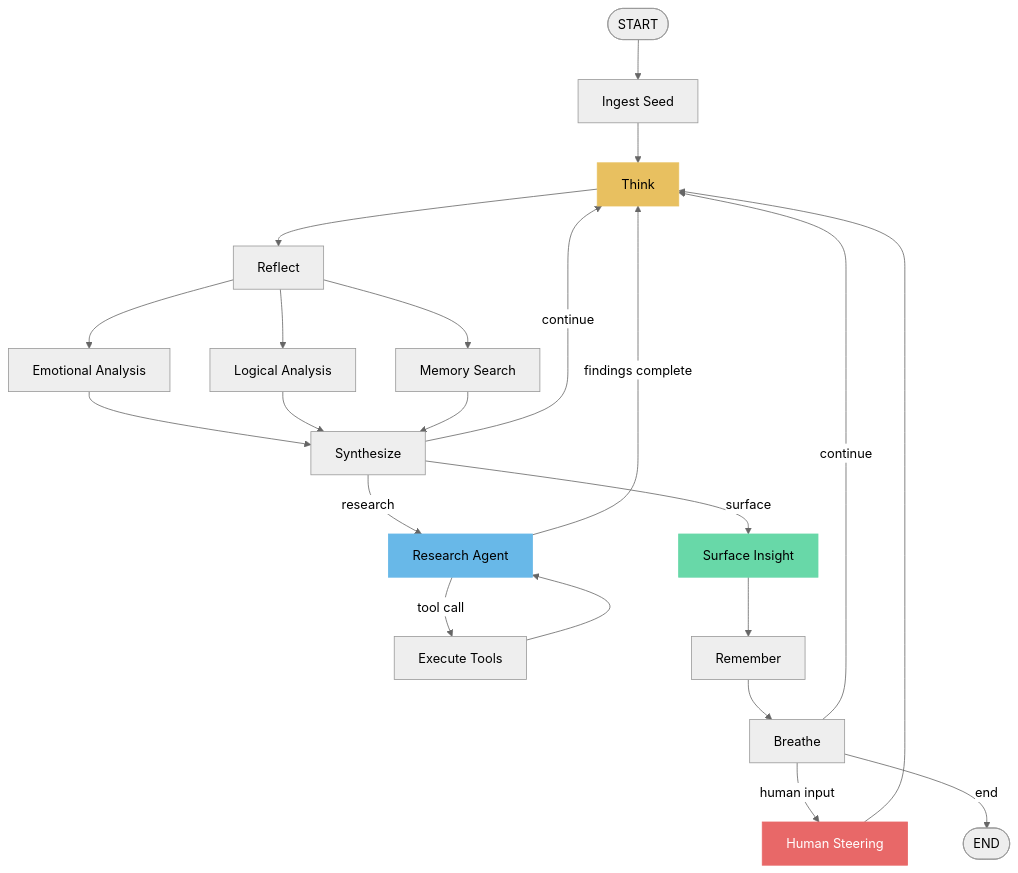
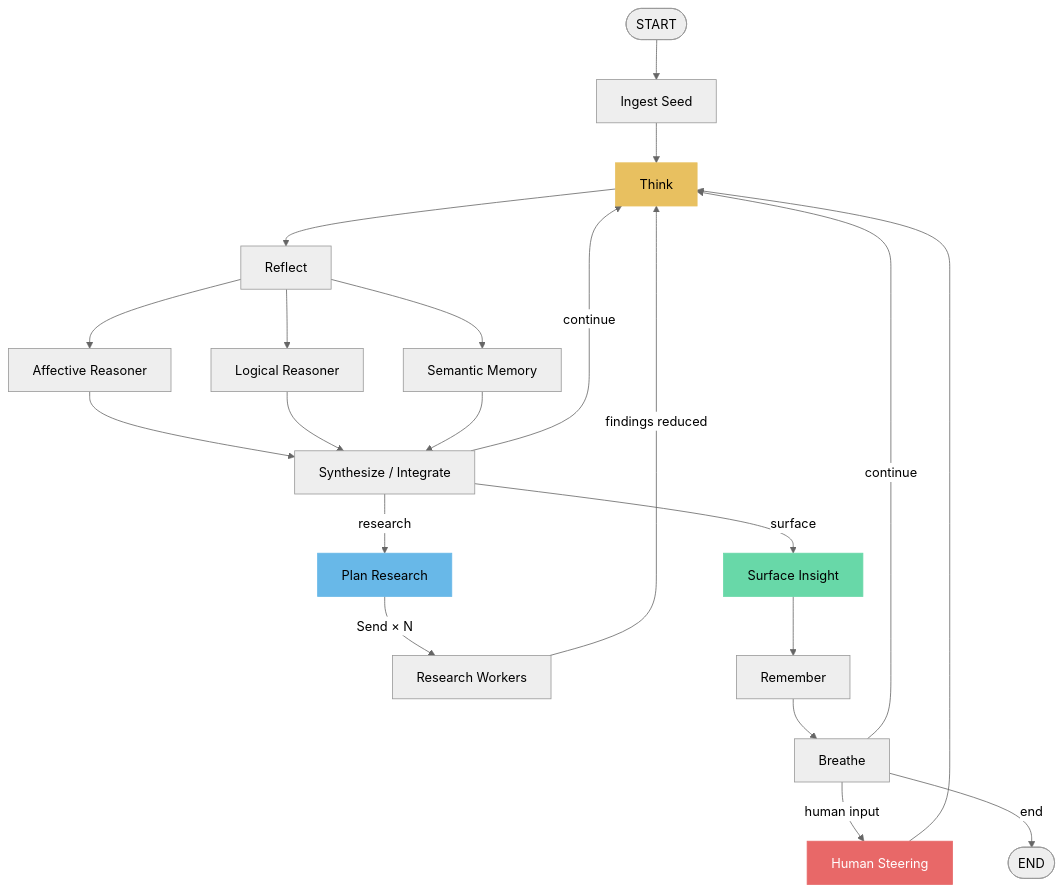
The diagram in README.md (Achindra2003/Ouroboros), drawn with Mermaid (neutral theme) before and after one commit. The commit also changed other lines of this file and 44 other files, not shown here.

````diff
--- a/README.md
+++ b/README.md
@@ -18,36 +68,35 @@
 ```mermaid
 graph TD
     START([START]) --> ingest[Ingest Seed]
     ingest --> think[Think]
     think --> reflect[Reflect]
 
-    reflect --> emotional[Emotional Analysis]
-    reflect --> logical[Logical Analysis]
-    reflect --> memory[Memory Search]
+    reflect --> emotional[Affective Reasoner]
+    reflect --> logical[Logical Reasoner]
+    reflect --> memory[Semantic Memory]
 
-    emotional --> synthesize[Synthesize]
+    emotional --> synthesize[Synthesize / Integrate]
     logical --> synthesize
     memory --> synthesize
 
     synthesize -->|continue| think
-    synthesize -->|research| research[Research Agent]
+    synthesize -->|research| plan[Plan Research]
     synthesize -->|surface| surface[Surface Insight]
 
-    research -->|tool call| tools[Execute Tools]
-    tools --> research
-    research -->|findings complete| think
+    plan -->|Send × N| worker[Research Workers]
+    worker -->|findings reduced| think
 
     surface --> remember[Remember]
     remember --> breathe[Breathe]
 
     breathe -->|continue| think
     breathe -->|human input| steer[Human Steering]
     breathe -->|end| END([END])
 
     steer --> think
 
     style think fill:#e8c060,stroke:#e8c060,color:#000
-    style research fill:#68b8e8,stroke:#68b8e8,color:#000
+    style plan fill:#68b8e8,stroke:#68b8e8,color:#000
     style surface fill:#68d8a8,stroke:#68d8a8,color:#000
     style steer fill:#e86868,stroke:#e86868,color:#fff
 ```
````
